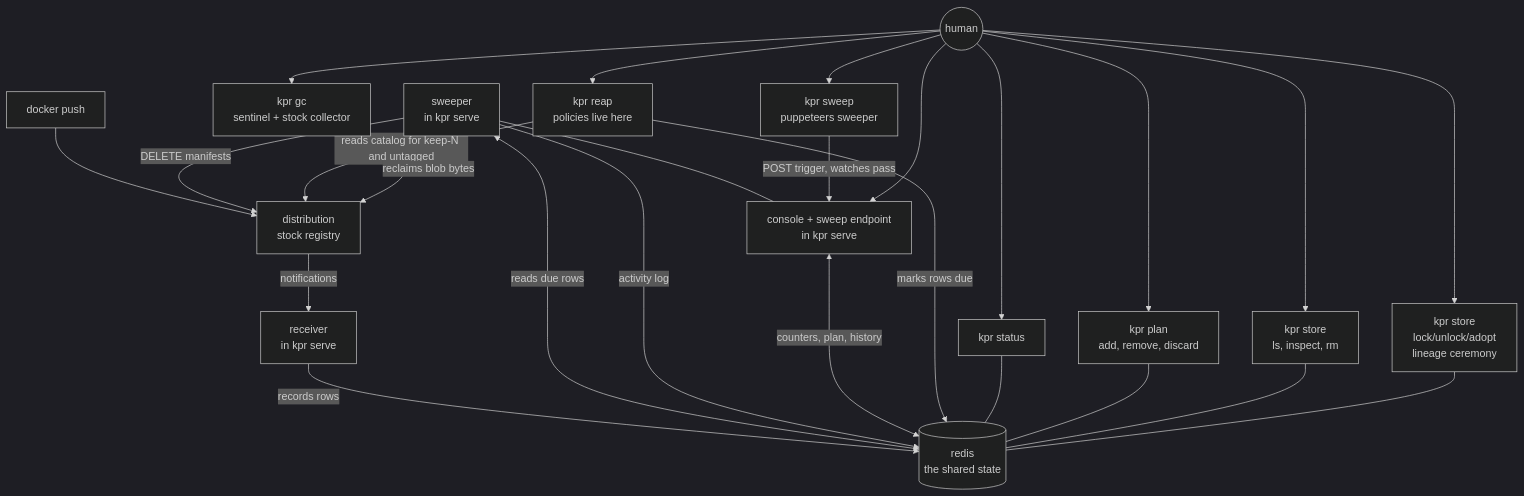
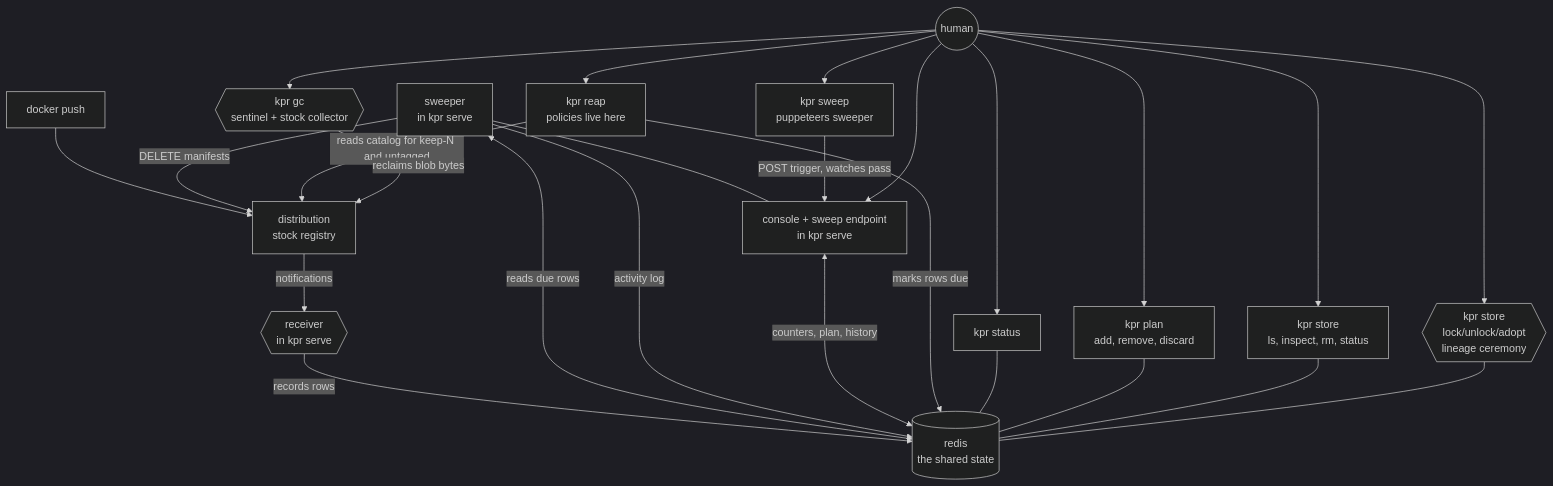
Before and after one commit to noroutine/kpr: the first of 2 diagrams in docs/ARCHITECTURE.md, drawn with Mermaid (dark theme). The commit also changed other lines of this file and 13 other files, not shown here.

Commit message:
store: status split, ls columns, component actors, rm --untag via Sweeper.Untag

````diff
--- a/docs/ARCHITECTURE.md
+++ b/docs/ARCHITECTURE.md
@@ -28,27 +28,27 @@
 ```mermaid
 flowchart TB
     dev[docker push] --> dist[distribution\nstock registry]
-    dist -- notifications --> recv[receiver\nin kpr serve]
+    dist -- notifications --> recv{{receiver\nin kpr serve}}
     recv -- records rows --> redis[(redis\nthe shared state)]
     sweep[sweeper\nin kpr serve] <-- reads due rows --> redis
     sweep -- DELETE manifests --> dist
     sweep -- activity log --> redis
     console[console + sweep endpoint\nin kpr serve] <-- counters, plan, history --> redis
     sweep --- console
     reap[kpr reap\npolicies live here] -- marks rows due --> redis
     reap -- reads catalog for keep-N and untagged --> dist
     sweepcmd[kpr sweep\npuppeteers sweeper] -- POST trigger, watches pass --> console
-    gc[kpr gc\nsentinel + stock collector] -- reclaims blob bytes --> dist
+    gc{{kpr gc\nsentinel + stock collector}} -- reclaims blob bytes --> dist
     status[kpr status] --- redis
     plan[kpr plan\nadd, remove, discard] --- redis
-    store[kpr store\nls, inspect, rm] --- redis
-    ceremony[kpr store\nlock/unlock/adopt\nlineage ceremony] --- redis
+    store[kpr store\nls, inspect, rm, status] --- redis
+    ceremony{{kpr store\nlock/unlock/adopt\nlineage ceremony}} --- redis
     human((human)) --> console
     human --> status
     human --> plan
     human --> store
     human --> reap
     human --> sweepcmd
     human --> gc
     human --> ceremony
 ```
````
